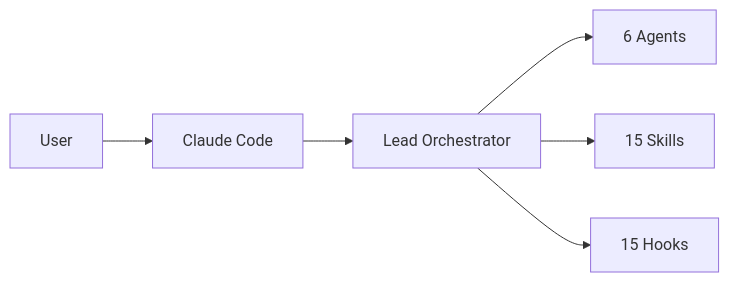
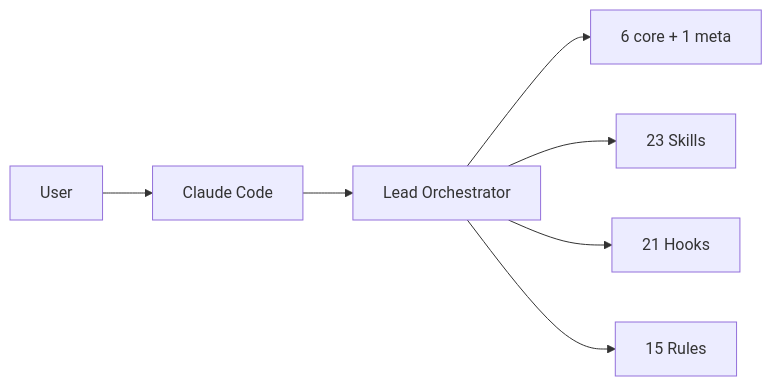
The first of 2 diagrams in CLAUDE.md (MaciWP/claude-code-poneglyph), drawn with Mermaid before and after one commit. The commit also changed other lines of this file and 23 other files, not shown here.

````diff
--- a/CLAUDE.md
+++ b/CLAUDE.md
@@ -61,8 +103,9 @@
 ```mermaid
 graph LR
     User --> CC[Claude Code]
     CC --> Orch[Lead Orchestrator]
-    Orch --> Agents[6 Agents]
-    Orch --> Skills[15 Skills]
-    Orch --> Hooks[15 Hooks]
+    Orch --> Agents[6 core + 1 meta]
+    Orch --> Skills[23 Skills]
+    Orch --> Hooks[21 Hooks]
+    Orch --> Rules[15 Rules]
 ```
````
